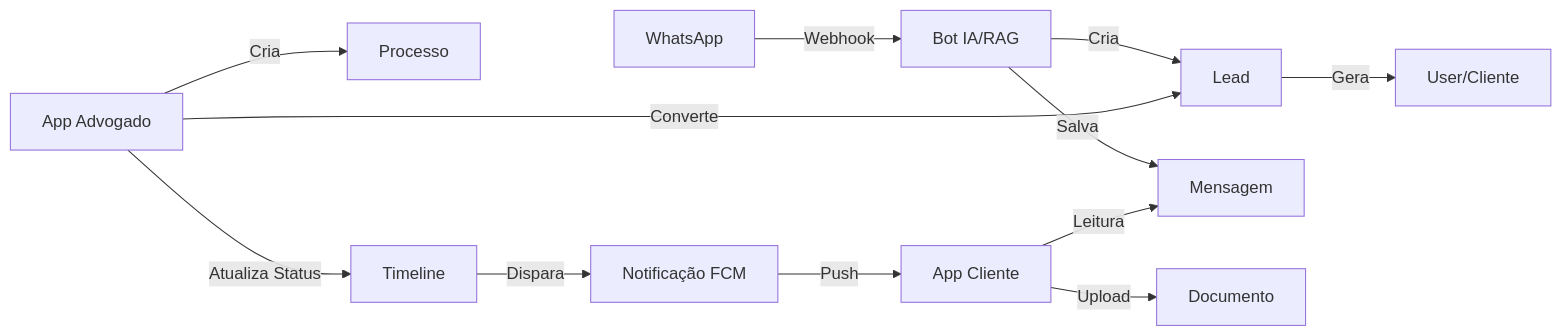
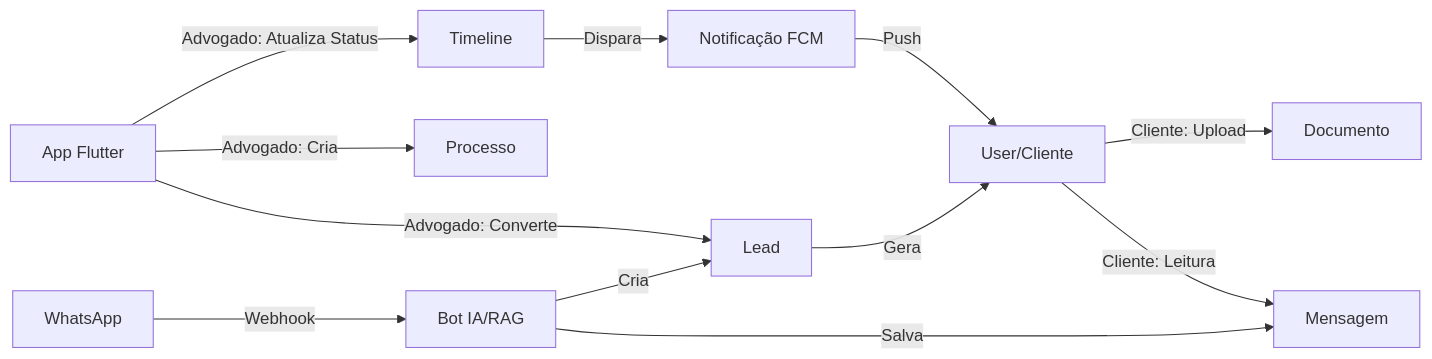
Before and after one commit to gitmachado/themis-aurora-g5: the second of 2 diagrams in documentation/architecture.md, drawn with Mermaid. The commit also changed other lines of this file and 4 other files, not shown here.

Commit message:
🌟docs: unificação da arquitetura mobile para app único (Cliente/Advogado)

````diff
--- a/documentation/architecture.md
+++ b/documentation/architecture.md
@@ -138,14 +138,14 @@
 ```mermaid
 flowchart LR
     WA[WhatsApp] -->|Webhook| BOT[Bot IA/RAG]
     BOT -->|Cria| LEAD[Lead]
     BOT -->|Salva| MSG[Mensagem]
-    ADV[App Advogado] -->|Converte| LEAD
+    APP[App Flutter] -->|Advogado: Converte| LEAD
     LEAD -->|Gera| USER[User/Cliente]
-    ADV -->|Cria| PROC[Processo]
-    ADV -->|Atualiza Status| TL[Timeline]
+    APP -->|Advogado: Cria| PROC[Processo]
+    APP -->|Advogado: Atualiza Status| TL[Timeline]
     TL -->|Dispara| NOTIF[Notificação FCM]
-    NOTIF -->|Push| CLI[App Cliente]
-    CLI -->|Upload| DOC[Documento]
-    CLI -->|Leitura| MSG
+    NOTIF -->|Push| USER
+    USER -->|Cliente: Upload| DOC[Documento]
+    USER -->|Cliente: Leitura| MSG
 ```
````
